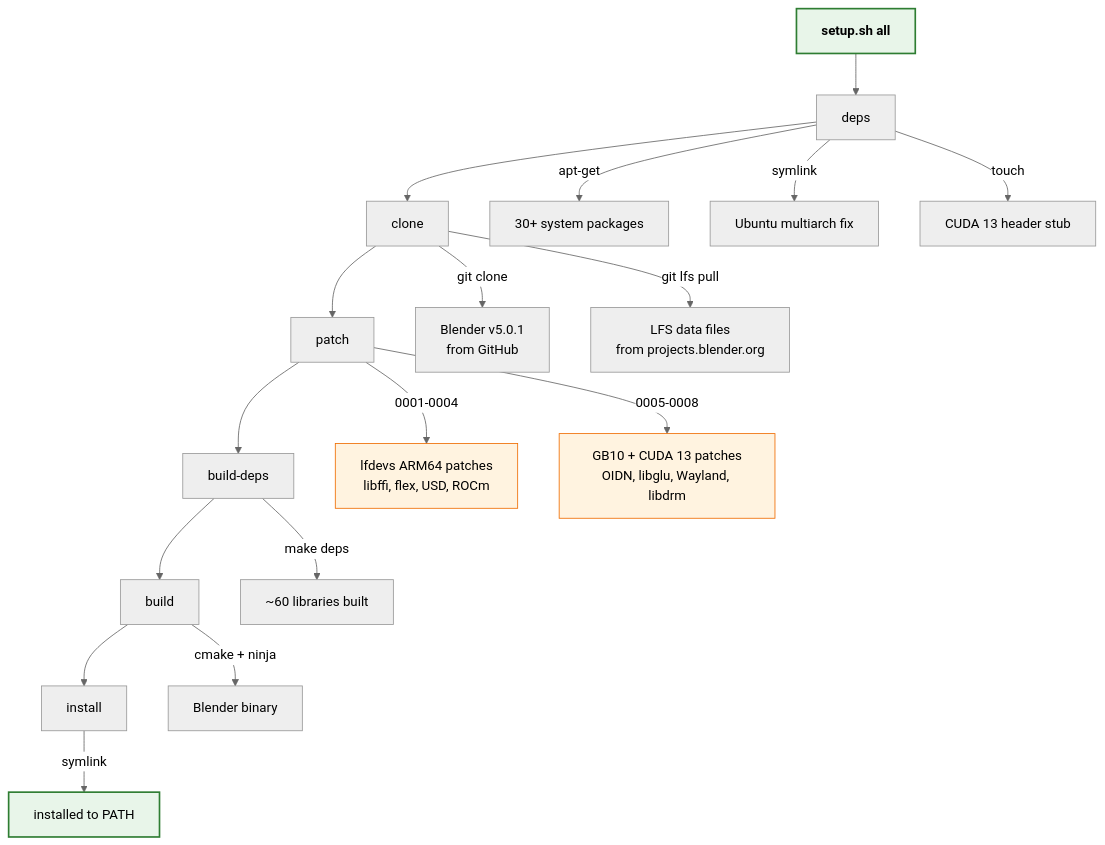
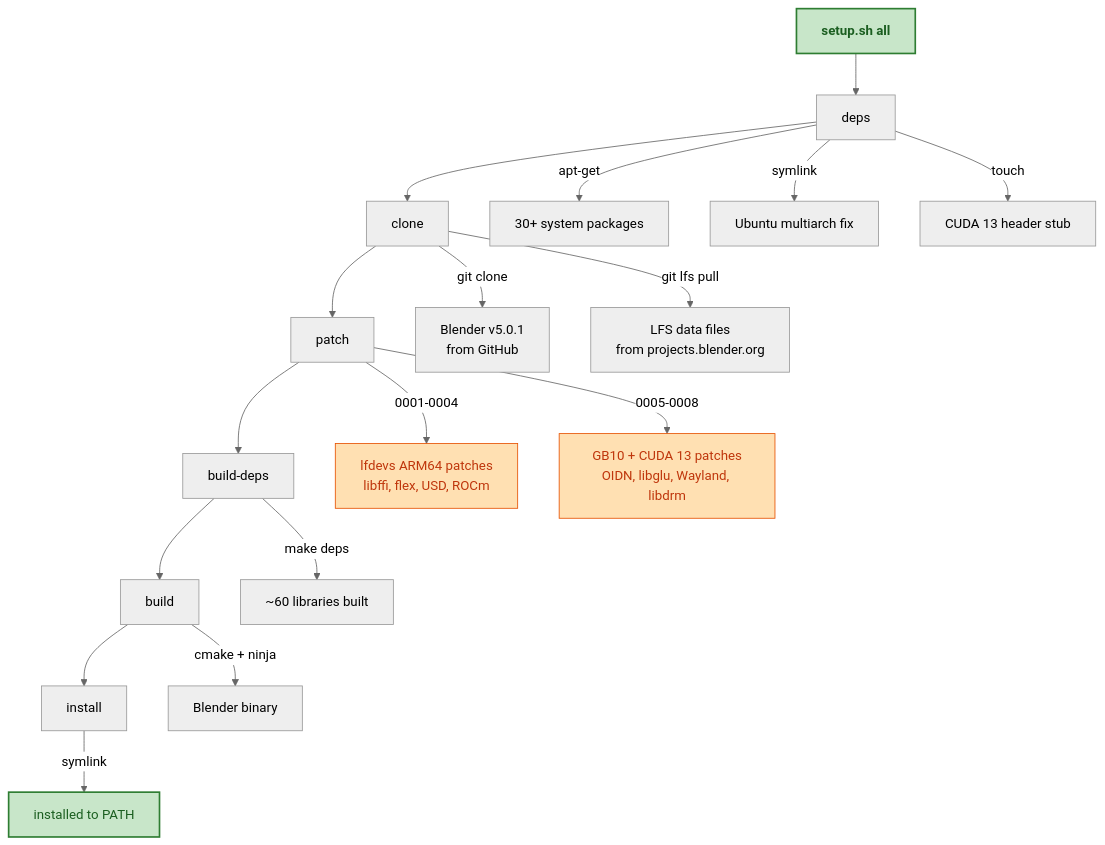
The first of 3 diagrams in README.md (mvalancy/blender-nvidia-gb10), drawn with Mermaid (neutral theme) before and after one commit. The commit also changed other lines of this file, not shown here.

Commit message:
Improve mermaid diagram contrast and readability

````diff
--- a/README.md
+++ b/README.md
@@ -52,30 +52,30 @@
 ```mermaid
 flowchart TD
     A["`**setup.sh all**`"] --> B[deps]
     B --> C[clone]
     C --> D[patch]
     D --> E[build-deps]
     E --> F[build]
     F --> G[install]
 
     B -->|apt-get| B1[30+ system packages]
     B -->|symlink| B2[Ubuntu multiarch fix]
     B -->|touch| B3[CUDA 13 header stub]
 
     C -->|git clone| C1["Blender v5.0.1<br>from GitHub"]
     C -->|git lfs pull| C2["LFS data files<br>from projects.blender.org"]
 
     D -->|0001-0004| D1["lfdevs ARM64 patches<br>libffi, flex, USD, ROCm"]
     D -->|0005-0008| D2["GB10 + CUDA 13 patches<br>OIDN, libglu, Wayland, libdrm"]
 
     E -->|make deps| E1["~60 libraries built"]
 
     F -->|cmake + ninja| F1["Blender binary"]
 
     G -->|symlink| G1["installed to PATH"]
 
-    style A fill:#e8f5e9,stroke:#2e7d32,stroke-width:2px
-    style G1 fill:#e8f5e9,stroke:#2e7d32,stroke-width:2px
-    style D1 fill:#fff3e0,stroke:#ef6c00
-    style D2 fill:#fff3e0,stroke:#ef6c00
+    style A fill:#c8e6c9,stroke:#2e7d32,stroke-width:2px,color:#1b5e20
+    style G1 fill:#c8e6c9,stroke:#2e7d32,stroke-width:2px,color:#1b5e20
+    style D1 fill:#ffe0b2,stroke:#e65100,color:#bf360c
+    style D2 fill:#ffe0b2,stroke:#e65100,color:#bf360c
 ```
````
